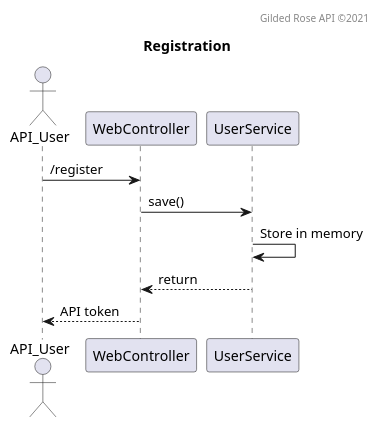
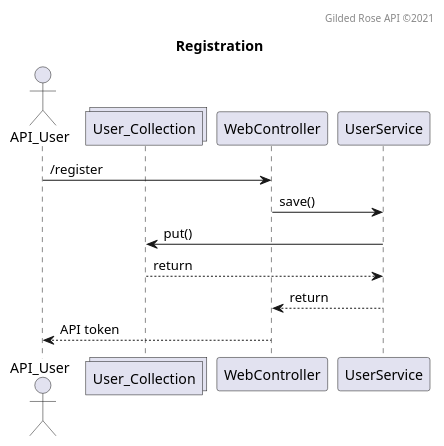
The diagram in src/main/resources/seq.register.puml (bladewheels/GildedRoseAPI), drawn with PlantUML before and after one commit.

```diff
--- a/src/main/resources/seq.register.puml
+++ b/src/main/resources/seq.register.puml
@@ -1,13 +1,14 @@
 @startuml
 title Registration
 header Gilded Rose API ©2021
 
 actor API_User
+collections User_Collection
 
 API_User -> WebController : /register
 WebController -> UserService : save()
-' The following self-reference seems to defy web browser caching?!
-UserService -> UserService: Store in memory
+UserService -> User_Collection: put()
+UserService <-- User_Collection : return
 WebController <-- UserService : return
 API_User <-- WebController : API token
 @enduml
```
